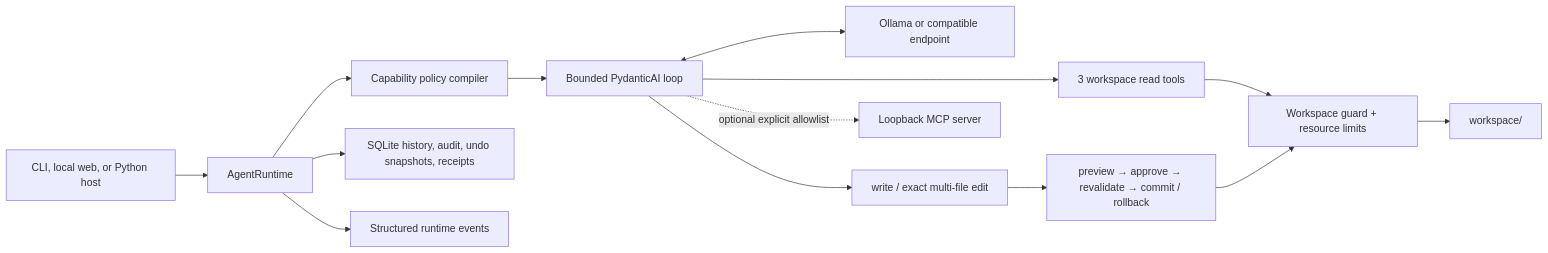
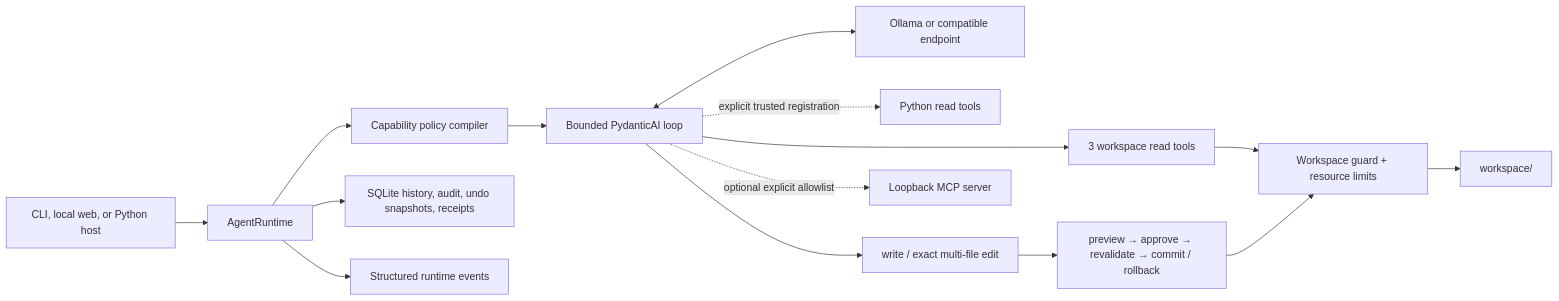
The diagram in README.md (MuzeAnisichael/minimal-local-agent), drawn with Mermaid before and after one commit. The commit also changed other lines of this file and 10 other files, not shown here.

````diff
--- a/README.md
+++ b/README.md
@@ -144,16 +144,17 @@
 ```mermaid
 flowchart LR
     User["CLI, local web, or Python host"] --> Runtime["AgentRuntime"]
     Runtime --> Policy["Capability policy compiler"]
     Policy --> Loop["Bounded PydanticAI loop"]
     Loop <--> Model["Ollama or compatible endpoint"]
     Loop --> Read["3 workspace read tools"]
+    Loop -. "explicit trusted registration" .-> PythonTools["Python read tools"]
     Loop --> Mutate["write / exact multi-file edit"]
     Mutate --> Tx["preview → approve → revalidate → commit / rollback"]
     Read --> Guard["Workspace guard + resource limits"]
     Tx --> Guard
     Guard --> Files["workspace/"]
     Loop -. "optional explicit allowlist" .-> MCP["Loopback MCP server"]
     Runtime --> Store["SQLite history, audit, undo snapshots, receipts"]
     Runtime --> Events["Structured runtime events"]
 ```
````
